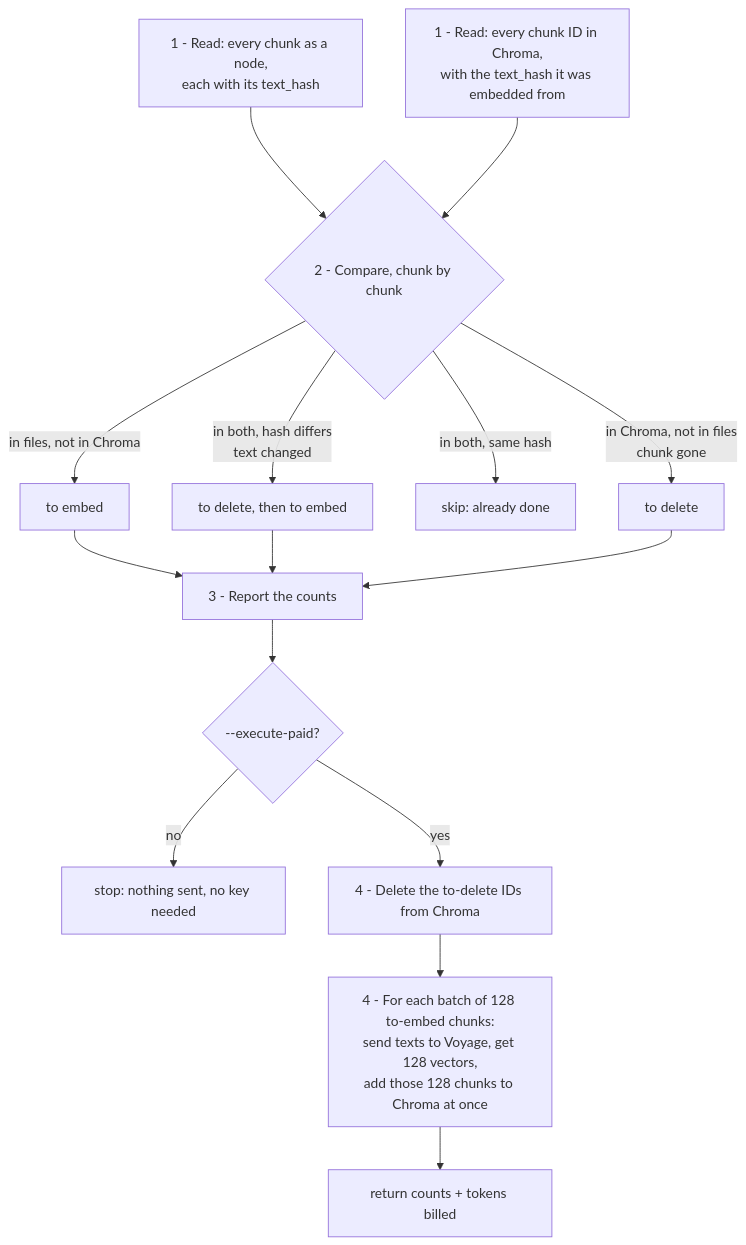
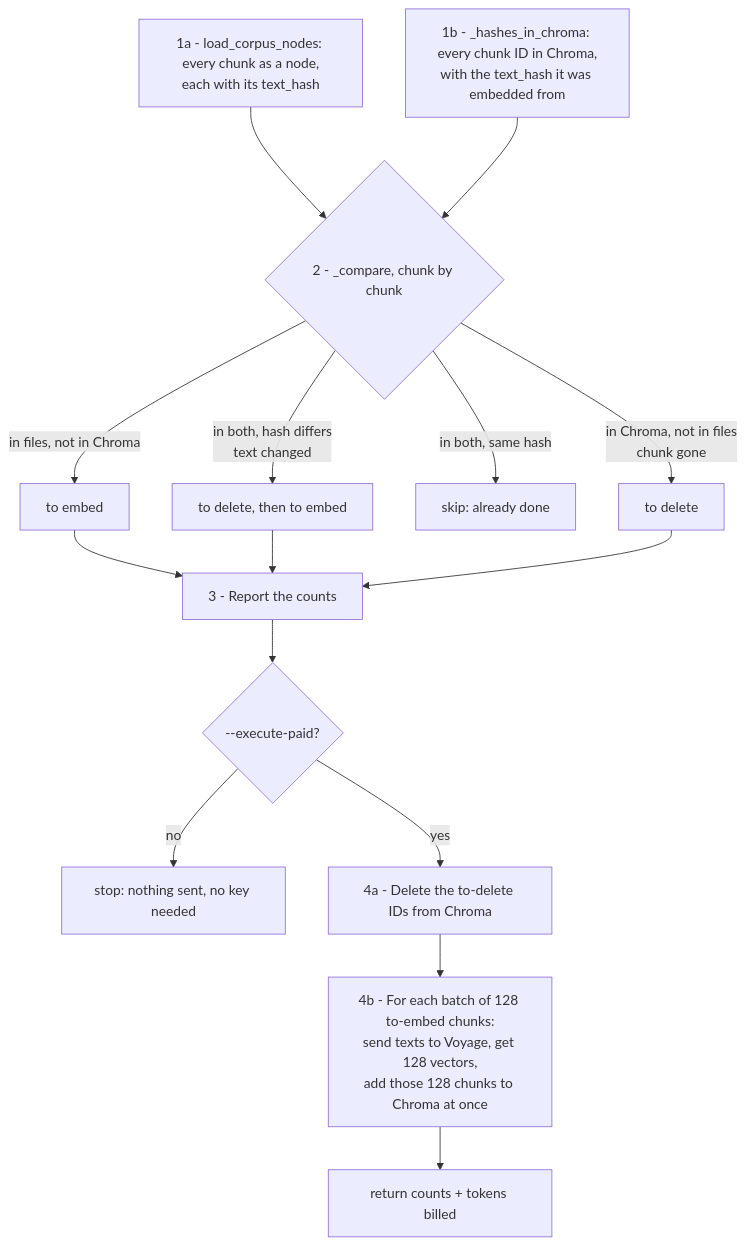
Before and after one commit to 14zhasim/Agentic_RAG: the second of 2 diagrams in docs sys design/Exp 1/Implementation Guide 1.5-1.6 Index.md, drawn with Mermaid. The commit also changed other lines of this file and 3 other files, not shown here.

````diff
--- a/docs sys design/Exp 1/Implementation Guide 1.5-1.6 Index.md
+++ b/docs sys design/Exp 1/Implementation Guide 1.5-1.6 Index.md
@@ -646,18 +684,18 @@
 ```mermaid
 flowchart TD
-    A[1 - Read: every chunk as a node,<br/>each with its text_hash] --> C
-    B[1 - Read: every chunk ID in Chroma,<br/>with the text_hash it was embedded from] --> C
-    C{2 - Compare, chunk by chunk}
+    A[1a - load_corpus_nodes: every chunk as a node,<br/>each with its text_hash] --> C
+    B[1b - _hashes_in_chroma: every chunk ID in Chroma,<br/>with the text_hash it was embedded from] --> C
+    C{2 - _compare, chunk by chunk}
     C -- in files, not in Chroma --> E[to embed]
     C -- in both, hash differs<br/>text changed --> D2[to delete, then to embed]
     C -- in both, same hash --> S[skip: already done]
     C -- in Chroma, not in files<br/>chunk gone --> D[to delete]
     E --> R
     D2 --> R
     D --> R
     R[3 - Report the counts] --> P{--execute-paid?}
     P -- no --> X[stop: nothing sent, no key needed]
-    P -- yes --> Del[4 - Delete the to-delete IDs from Chroma]
-    Del --> L[4 - For each batch of 128 to-embed chunks:<br/>send texts to Voyage, get 128 vectors,<br/>add those 128 chunks to Chroma at once]
+    P -- yes --> Del[4a - Delete the to-delete IDs from Chroma]
+    Del --> L[4b - For each batch of 128 to-embed chunks:<br/>send texts to Voyage, get 128 vectors,<br/>add those 128 chunks to Chroma at once]
     L --> Done[return counts + tokens billed]
 ```
````
